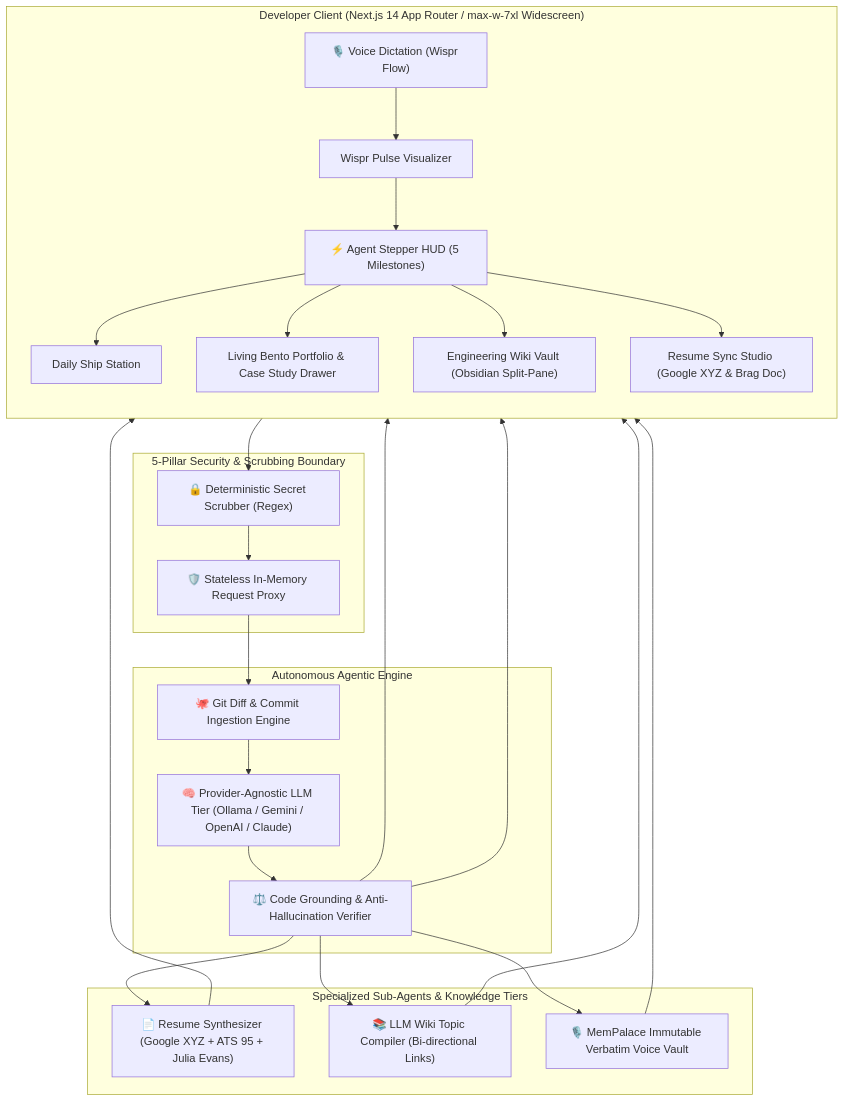
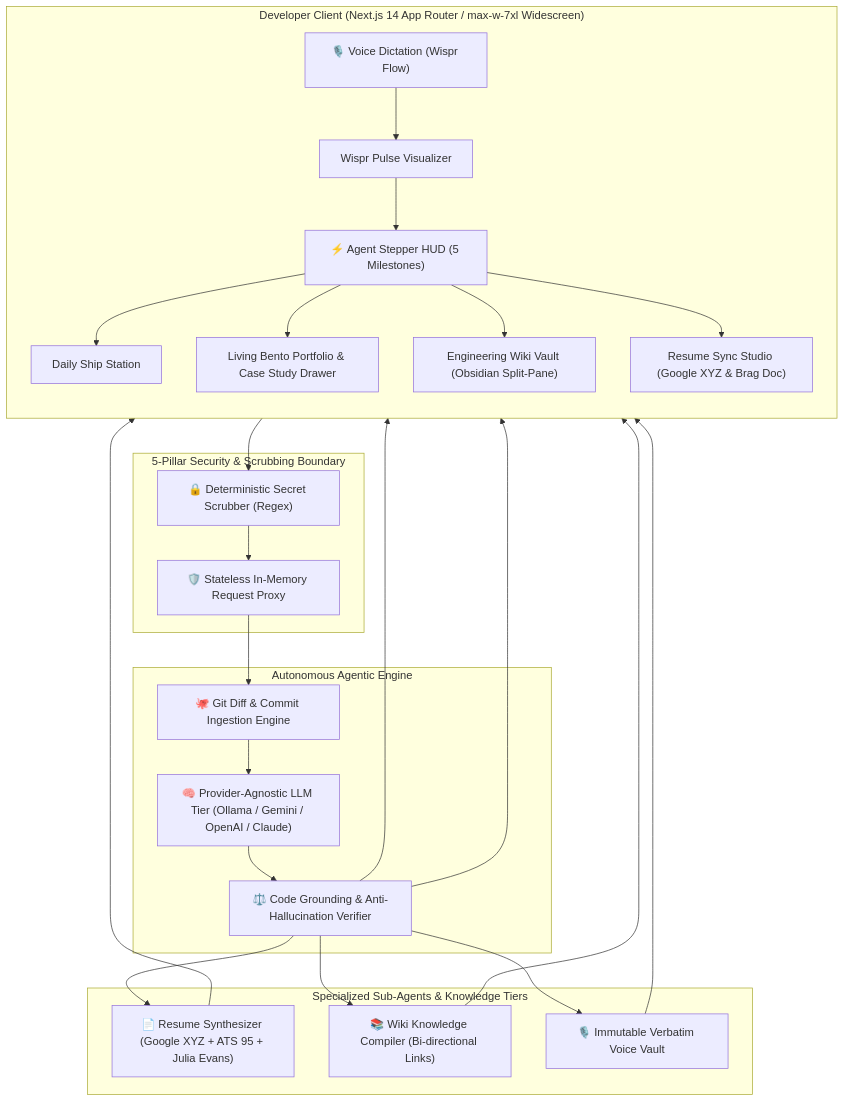
One commit to Siddhant75/shiplog changed the first of 2 diagrams in README.md. Above: the diagram before and after it, drawn with Mermaid. The commit also changed other lines of this file and 7 other files, not shown here.

First line of the commit message:
refactor(memory): Rebrand to native dual-tier dev memory architecture

````diff
--- a/README.md
+++ b/README.md
@@ -68,44 +68,44 @@
 ```mermaid
 flowchart TD
     subgraph Client["Developer Client (Next.js 14 App Router / max-w-7xl Widescreen)"]
         direction TB
         V["🎙️ Voice Dictation (Wispr Flow)"] --> VP["Wispr Pulse Visualizer"]
         VP --> HUD["⚡ Agent Stepper HUD (5 Milestones)"]
         
         HUD --> V1["Daily Ship Station"]
         HUD --> V2["Living Bento Portfolio & Case Study Drawer"]
         HUD --> V3["Engineering Wiki Vault (Obsidian Split-Pane)"]
         HUD --> V4["Resume Sync Studio (Google XYZ & Brag Doc)"]
     end
 
     subgraph SecurityBoundary["5-Pillar Security & Scrubbing Boundary"]
         SCRUB["🔒 Deterministic Secret Scrubber (Regex)"]
         PROXY["🛡️ Stateless In-Memory Request Proxy"]
     end
 
     subgraph CoreEngine["Autonomous Agentic Engine"]
         DIFF["🐙 Git Diff & Commit Ingestion Engine"]
         LLM["🧠 Provider-Agnostic LLM Tier (Ollama / Gemini / OpenAI / Claude)"]
         GROUND["⚖️ Code Grounding & Anti-Hallucination Verifier"]
     end
 
     subgraph SubAgents["Specialized Sub-Agents & Knowledge Tiers"]
         RESUME_AGENT["📄 Resume Synthesizer (Google XYZ + ATS 95 + Julia Evans)"]
-        WIKI_TIER["📚 LLM Wiki Topic Compiler (Bi-directional Links)"]
-        MEM_PALACE["🎙️ MemPalace Immutable Verbatim Voice Vault"]
+        WIKI_TIER["📚 Wiki Knowledge Compiler (Bi-directional Links)"]
+        VOICE_VAULT["🎙️ Immutable Verbatim Voice Vault"]
     end
 
     V --> SCRUB
     SCRUB --> PROXY
     PROXY --> DIFF
     DIFF --> LLM
     LLM --> GROUND
     GROUND --> RESUME_AGENT
     GROUND --> WIKI_TIER
-    GROUND --> MEM_PALACE
+    GROUND --> VOICE_VAULT
     RESUME_AGENT --> V4
     WIKI_TIER --> V3
-    MEM_PALACE --> V3
+    VOICE_VAULT --> V3
     GROUND --> V2
     GROUND --> V1
 ```
````
